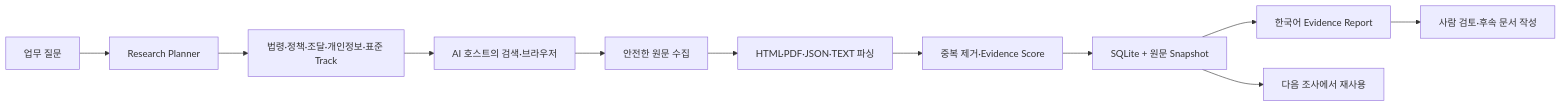
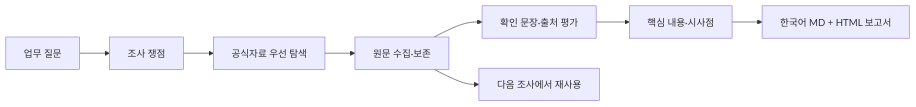
Before and after one commit to Kminer2053/public-sector-research-skill: the diagram in README.md, drawn with Mermaid. The commit also changed other lines of this file and 23 other files, not shown here.

Commit message:
feat: add citation-linked HTML research reports

````diff
--- a/README.md
+++ b/README.md
@@ -155,13 +166,10 @@
 ```mermaid
 flowchart LR
-    A["업무 질문"] --> B["Research Planner"]
-    B --> C["법령·정책·조달·개인정보·표준 Track"]
-    C --> D["AI 호스트의 검색·브라우저"]
-    D --> E["안전한 원문 수집"]
-    E --> F["HTML·PDF·JSON·TEXT 파싱"]
-    F --> G["중복 제거·Evidence Score"]
-    G --> H["SQLite + 원문 Snapshot"]
-    H --> I["한국어 Evidence Report"]
-    I --> J["사람 검토·후속 문서 작성"]
-    H --> K["다음 조사에서 재사용"]
+    A["업무 질문"] --> B["조사 쟁점"]
+    B --> C["공식자료 우선 탐색"]
+    C --> D["원문 수집·보존"]
+    D --> E["확인 문장·출처 평가"]
+    E --> F["핵심 내용·시사점"]
+    F --> G["한국어 MD + HTML 보고서"]
+    D --> H["다음 조사에서 재사용"]
 ```
````
